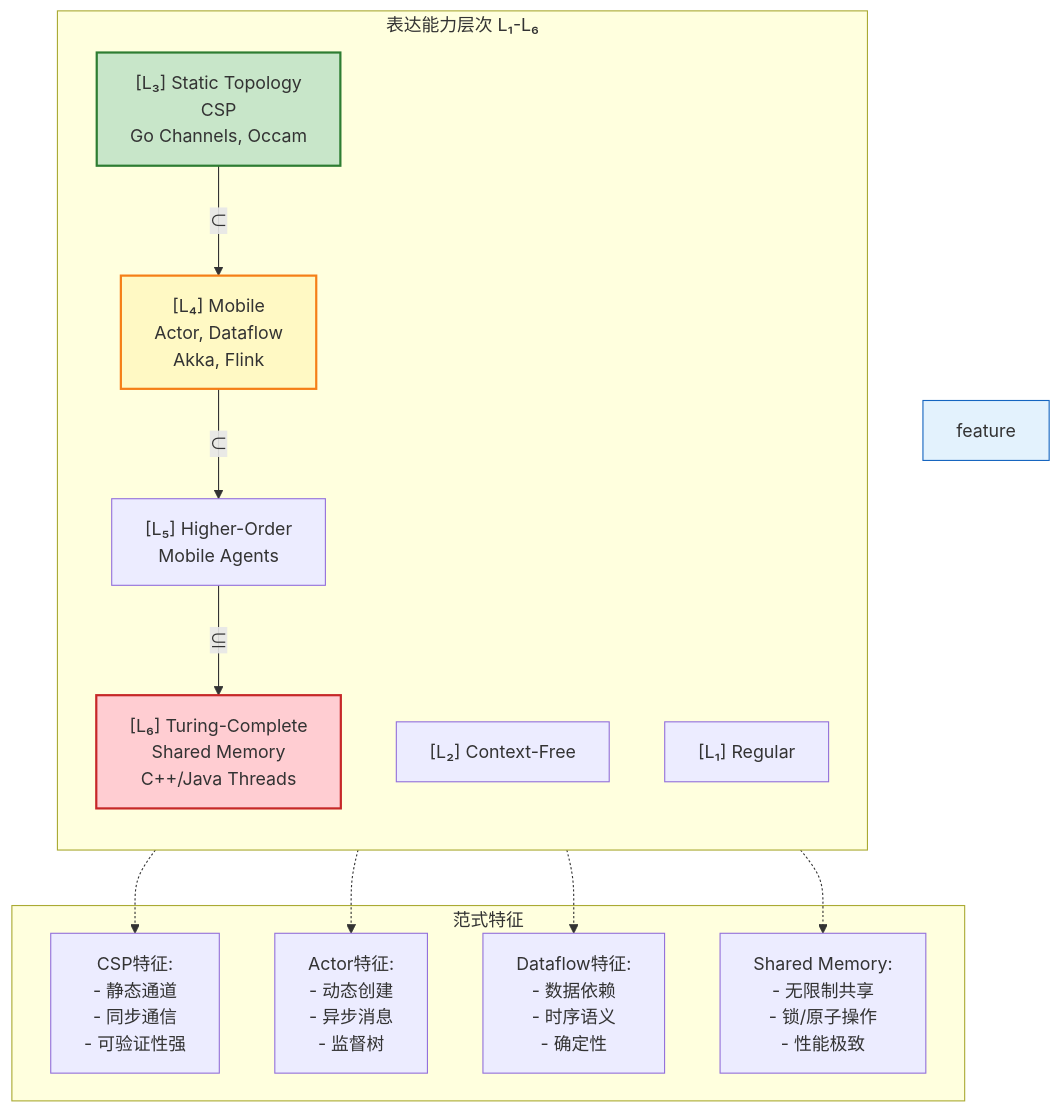
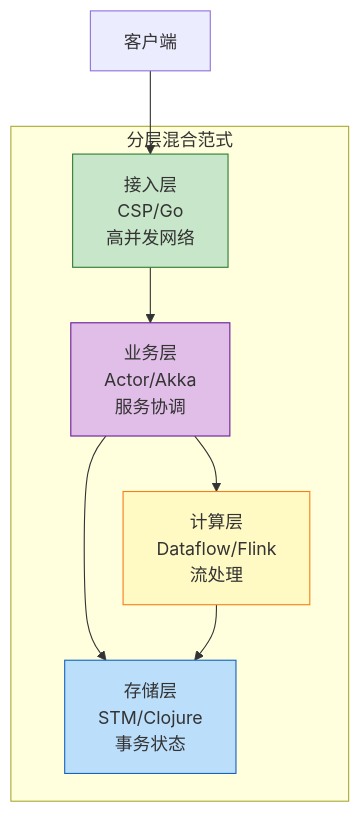
The seventh of 7 diagrams in Knowledge/04-technology-selection/paradigm-selection-guide.md (AdaMartin18010/AnalysisDataFlow), drawn with Mermaid before and after one commit. The commit also changed other lines of this file and 11 other files, not shown here.

````diff
--- a/Knowledge/04-technology-selection/paradigm-selection-guide.md
+++ b/Knowledge/04-technology-selection/paradigm-selection-guide.md
@@ -594,34 +793,20 @@
 ```mermaid
 graph TB
-    subgraph "表达能力层次 L₁-L₆"
-        direction TB
-
-        L6["[L₆] Turing-Complete<br/>Shared Memory<br/>C++/Java Threads"]:::l6
-        L5["[L₅] Higher-Order<br/>Mobile Agents"]:::l5
-        L4["[L₄] Mobile<br/>Actor, Dataflow<br/>Akka, Flink"]:::l4
-        L3["[L₃] Static Topology<br/>CSP<br/>Go Channels, Occam"]:::l3
-        L2["[L₂] Context-Free"]:::l2
-        L1["[L₁] Regular"]:::l1
-
-        L3 -->|⊂| L4
-        L4 -->|⊂| L5
-        L5 -->|⊆| L6
+    subgraph "分层混合范式"
+        L1[接入层<br/>CSP/Go<br/>高并发网络]
+        L2[业务层<br/>Actor/Akka<br/>服务协调]
+        L3[计算层<br/>Dataflow/Flink<br/>流处理]
+        L4[存储层<br/>STM/Clojure<br/>事务状态]
     end
 
-    subgraph "范式特征"
-        F_CSP["CSP特征:<br/>- 静态通道<br/>- 同步通信<br/>- 可验证性强"]:::feature
-        F_ACTOR["Actor特征:<br/>- 动态创建<br/>- 异步消息<br/>- 监督树"]:::feature
-        F_DATAFLOW["Dataflow特征:<br/>- 数据依赖<br/>- 时序语义<br/>- 确定性"]:::feature
-        F_SHARED["Shared Memory:<br/>- 无限制共享<br/>- 锁/原子操作<br/>- 性能极致"]:::feature
-    end
+    CLIENT[客户端] --> L1
+    L1 --> L2
+    L2 --> L3
+    L2 --> L4
+    L3 --> L4
 
-    L3 -.-> F_CSP
-    L4 -.-> F_ACTOR
-    L4 -.-> F_DATAFLOW
-    L6 -.-> F_SHARED
-
-    style L3 fill:#c8e6c9,stroke:#2e7d32,stroke-width:2px
-    style L4 fill:#fff9c4,stroke:#f57f17,stroke-width:2px
-    style L6 fill:#ffcdd2,stroke:#c62828,stroke-width:2px
-    style feature fill:#e3f2fd,stroke:#1565c0
+    style L1 fill:#c8e6c9,stroke:#2e7d32
+    style L2 fill:#e1bee7,stroke:#6a1b9a
+    style L3 fill:#fff9c4,stroke:#f57f17
+    style L4 fill:#bbdefb,stroke:#1565c0
 ```
````
